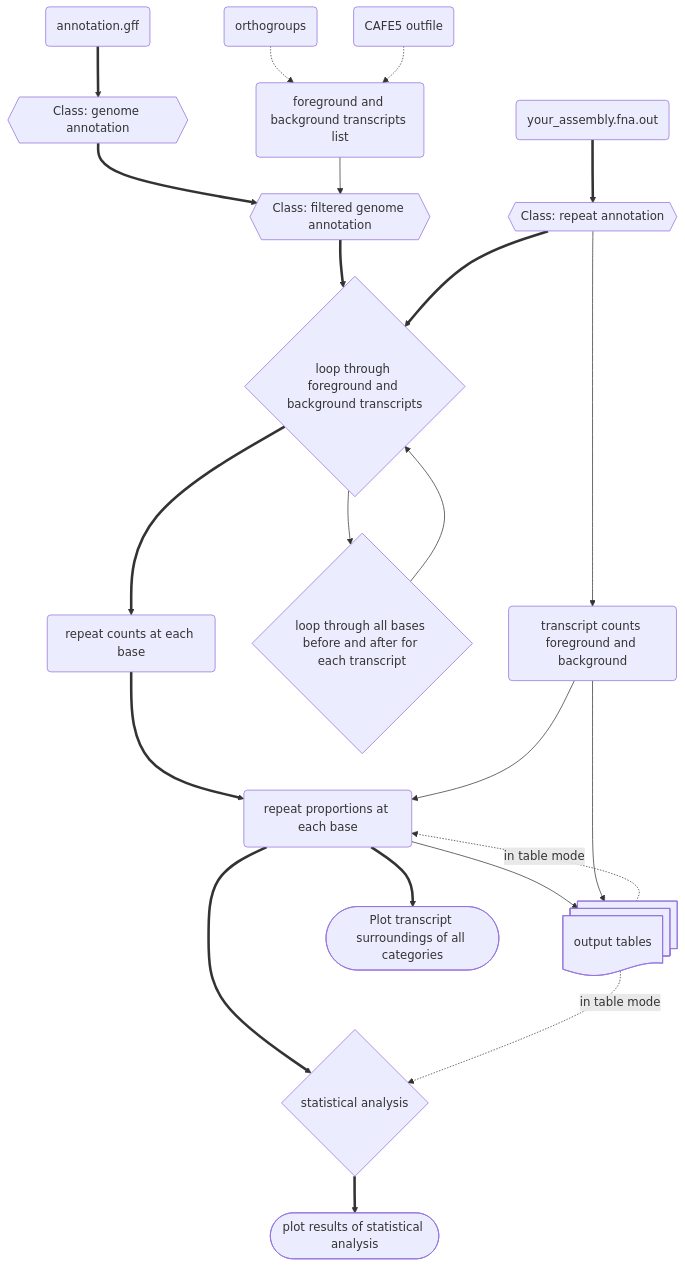
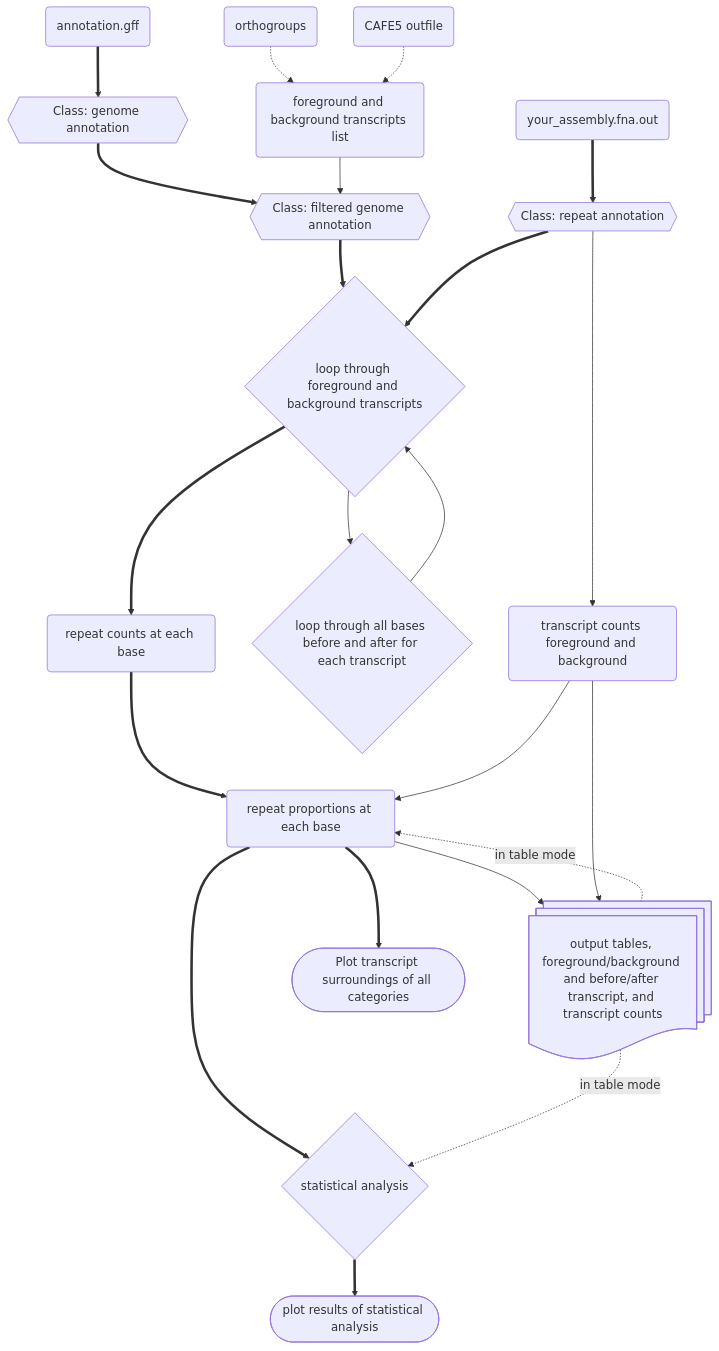
The second of 2 diagrams in README.md (milena-t/ReVis), drawn with Mermaid before and after one commit.

Commit message:
modify mermaid

````diff
--- a/README.md
+++ b/README.md
@@ -269,39 +269,39 @@
 ```mermaid
 graph TD;
     infile_out(your_assembly.fna.out);
     infile_out ==> rep_annot{{Class: repeat annotation}};
     rep_annot --> tr_count(transcript counts foreground and background);
 
     infile_annot(annotation.gff);
     infile_annot ==> gene_annot{{Class: genome annotation}};
 
     OGs(orthogroups);
     CAFE(CAFE5 outfile);
 
     OGs -.-> tr_list(foreground and background transcripts list);
     CAFE -.-> tr_list
 
     gene_annot ==> filt_gene_annot{{Class: filtered genome annotation}};
     tr_list --> filt_gene_annot
     
     filt_gene_annot ==> loop_tr{loop through foreground and background transcripts};
     rep_annot ==> loop_tr
     loop_bp{loop through all bases before and after for each transcript};
     loop_tr --> loop_bp
     loop_bp --> loop_tr
 
     loop_tr ==> rep_counts(repeat counts at each base);
     rep_counts ==> rep_prop(repeat proportions at each base);
     tr_count --> rep_prop
 
-    rep_prop --> out_tab@{ shape: docs, label: "output tables" };
+    rep_prop --> out_tab@{ shape: docs, label: "output tables, foreground/background and before/after transcript, and transcript counts" };
     tr_count --> out_tab
 
     rep_prop ==> stats{statistical analysis};
     rep_prop ==> plot_all([Plot transcript surroundings of all categories])
 
     stats ==> stats_out([plot results of statistical analysis]) 
 
     out_tab -. in table mode .-> stats
     out_tab -. in table mode .-> rep_prop
 ```   
````
